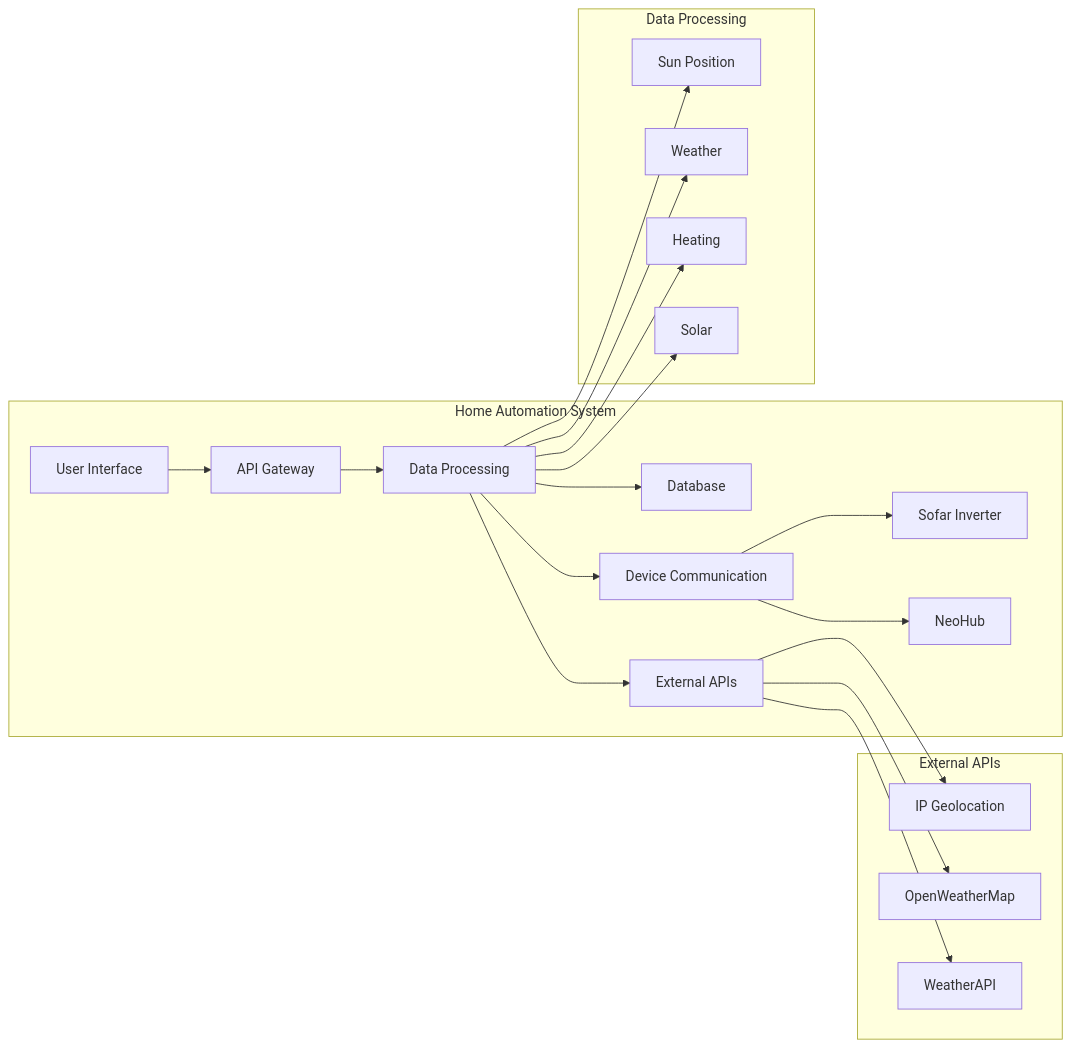
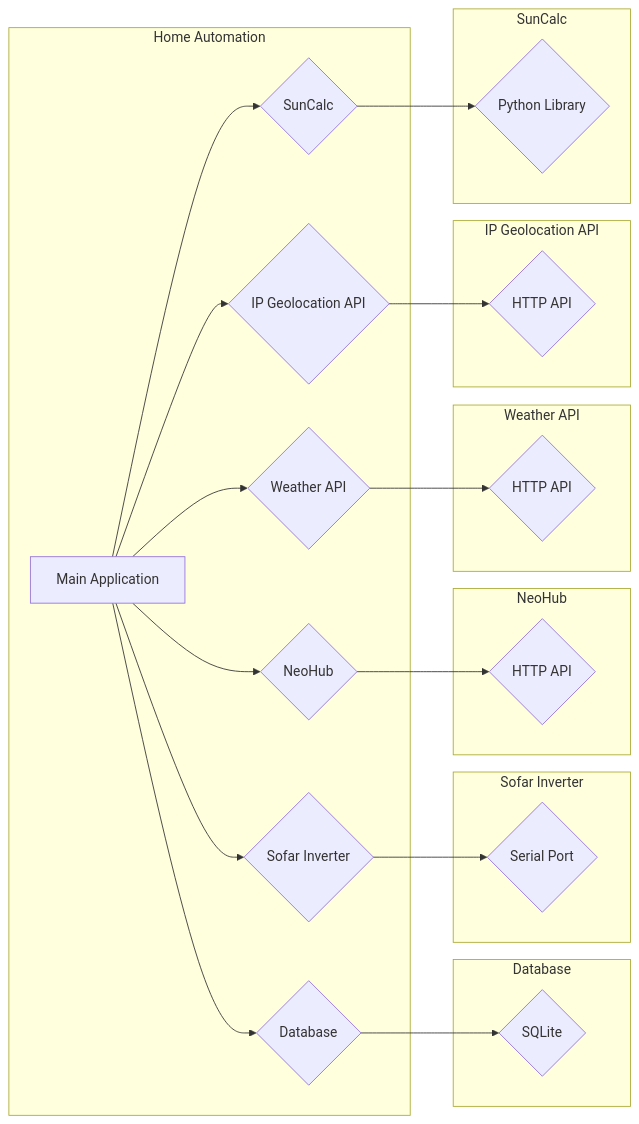
One commit to thms/home-automation changed the diagram in docs/architecture.md. Above: the diagram before and after it, drawn with Mermaid. The commit also changed other lines of this file and 4 other files, not shown here.

````diff
--- a/docs/architecture.md
+++ b/docs/architecture.md
@@ -5,30 +1,29 @@
 ```mermaid
 graph LR
-    subgraph Home Automation System
-        A[User Interface] --> B[API Gateway]
-        B --> C[Data Processing]
-        C --> D[Database]
-        C --> E[External APIs]
-        C --> F[Device Communication]
-        F --> G[Sofar Inverter]
-        F --> H[NeoHub]
+    subgraph Home Automation
+        A[Main Application] --> B{Database}
+        A --> C{Sofar Inverter}
+        A --> D{NeoHub}
+        A --> E{Weather API}
+        A --> F{IP Geolocation API}
+        A --> G{SunCalc}
     end
-    subgraph Data Processing
-        C1[Sun Position]
-        C2[Weather]
-        C3[Heating]
-        C4[Solar]
-        C --> C1
-        C --> C2
-        C --> C3
-        C --> C4
+    subgraph Database
+        B --> H{SQLite}
     end
-    subgraph External APIs
-        E1[IP Geolocation]
-        E2[OpenWeatherMap]
-        E3[WeatherAPI]
-        E --> E1
-        E --> E2
-        E --> E3
+    subgraph Sofar Inverter
+        C --> I{Serial Port}
+    end
+    subgraph NeoHub
+        D --> J{HTTP API}
+    end
+    subgraph Weather API
+        E --> K{HTTP API}
+    end
+    subgraph IP Geolocation API
+        F --> L{HTTP API}
+    end
+    subgraph SunCalc
+        G --> M{Python Library}
     end
 ```
````
